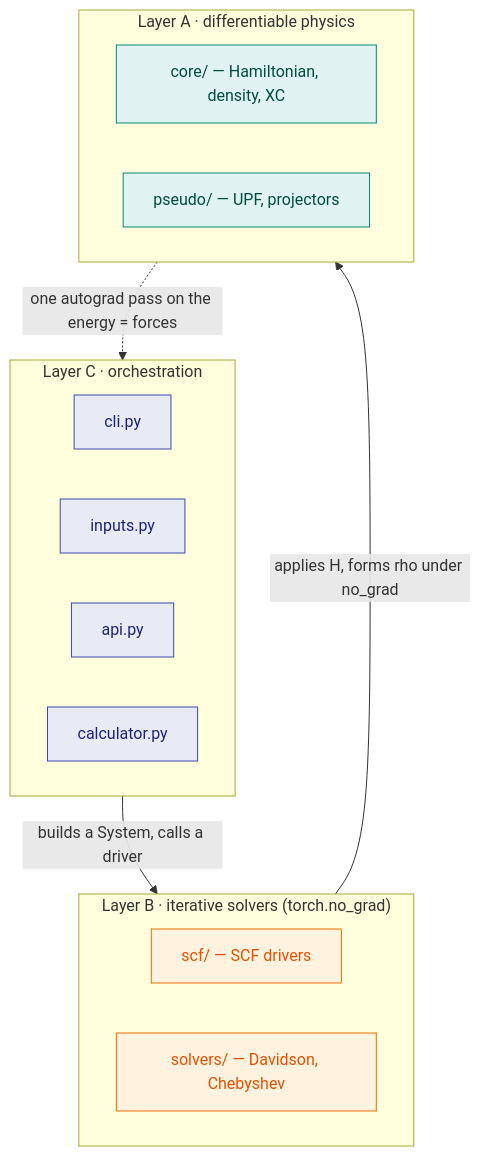
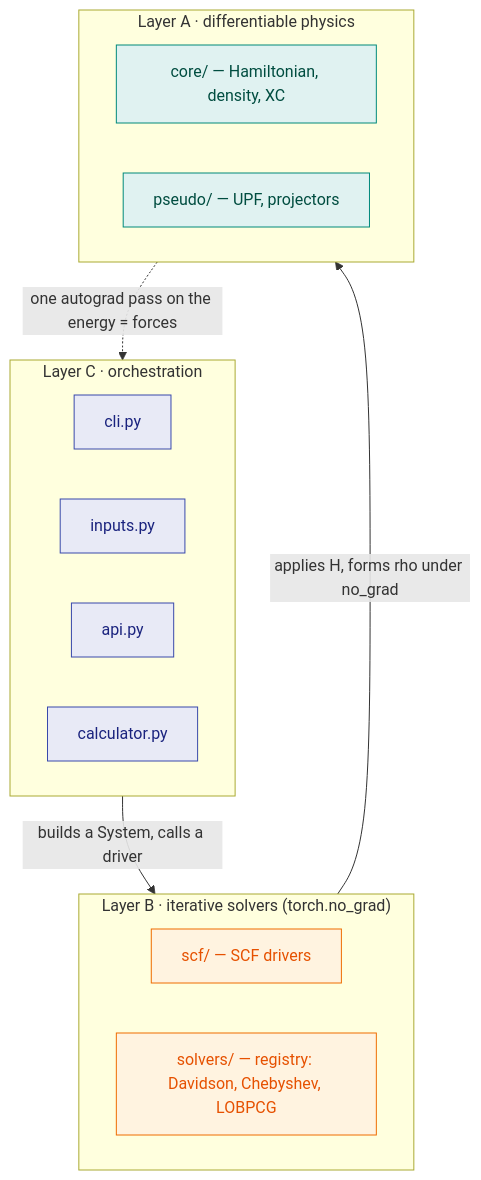
One commit to wladerer/gradwave changed the first of 4 diagrams in docs/manual/architecture.md. Above: the diagram before and after it, drawn with Mermaid. The commit also changed other lines of this file and 8 other files, not shown here.

````diff
--- a/docs/manual/architecture.md
+++ b/docs/manual/architecture.md
@@ -16,31 +16,31 @@
 ```mermaid
 flowchart TB
     subgraph C["Layer C · orchestration"]
         direction LR
         cli["cli.py"]
         inputs["inputs.py"]
         api["api.py"]
         calc["calculator.py"]
     end
     subgraph B["Layer B · iterative solvers (torch.no_grad)"]
         direction LR
         scf["scf/ — SCF drivers"]
-        solvers["solvers/ — Davidson, Chebyshev"]
+        solvers["solvers/ — registry: Davidson, Chebyshev, LOBPCG"]
     end
     subgraph A["Layer A · differentiable physics"]
         direction LR
         core["core/ — Hamiltonian, density, XC"]
         pseudo["pseudo/ — UPF, projectors"]
     end
 
     C -->|"builds a System, calls a driver"| B
     B -->|"applies H, forms rho under no_grad"| A
     A -.->|"one autograd pass on the energy = forces"| C
 
     classDef cLayer fill:#e8eaf6,stroke:#3949ab,color:#1a237e;
     classDef bLayer fill:#fff3e0,stroke:#ef6c00,color:#e65100;
     classDef aLayer fill:#e0f2f1,stroke:#00897b,color:#004d40;
     class cli,inputs,api,calc cLayer;
     class scf,solvers bLayer;
     class core,pseudo aLayer;
 ```
````
